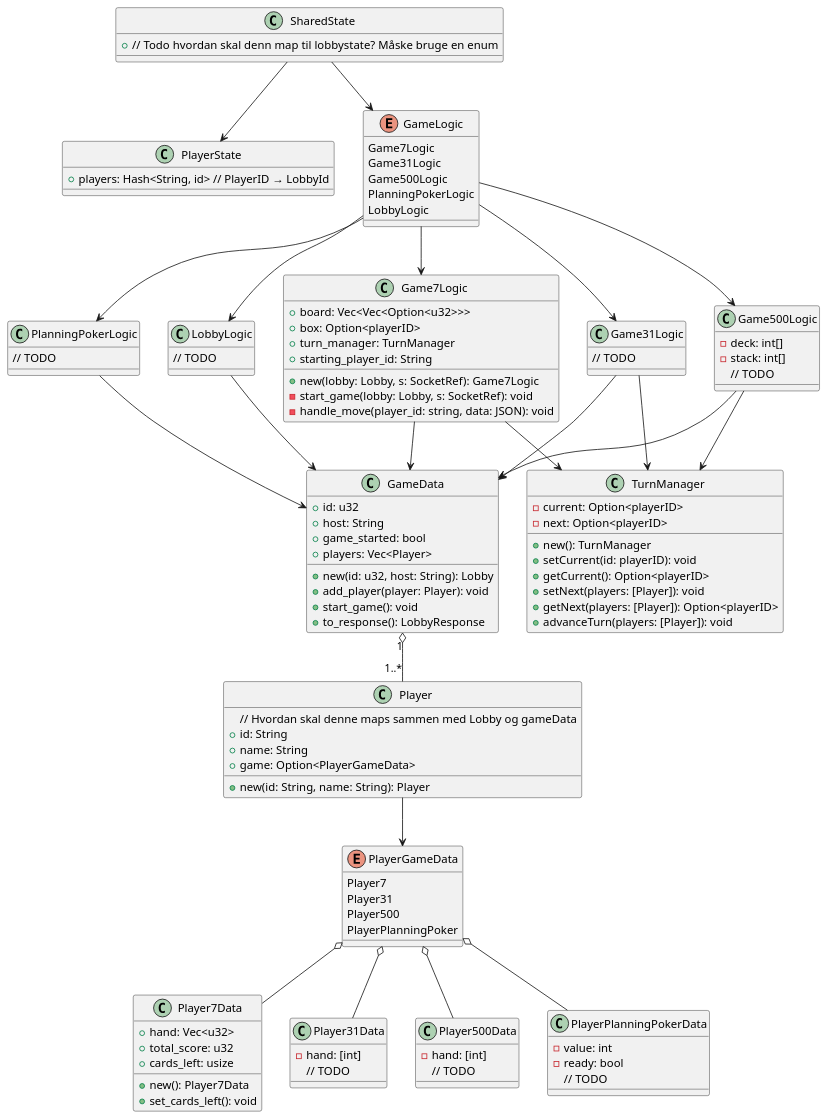
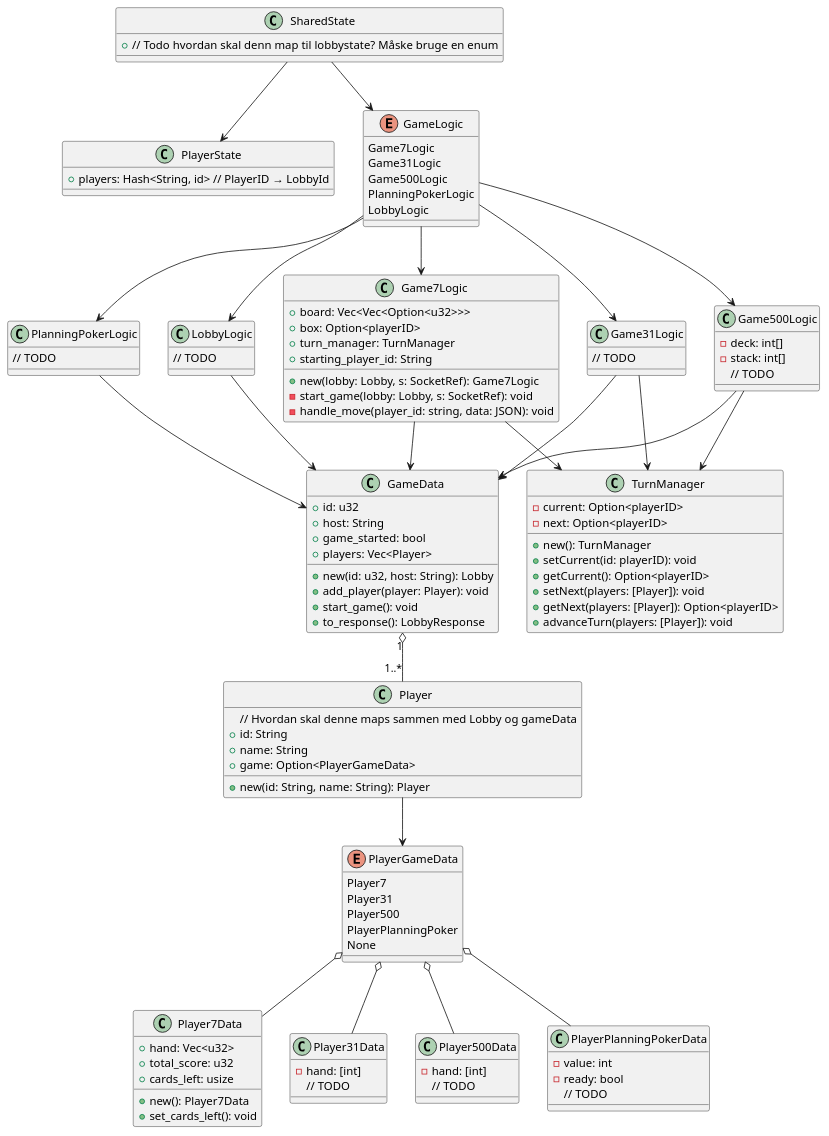
Before and after one commit to ChristianSteen-SW23/Card-Games: the diagram in #Doc/uml/socketClassRust.puml, drawn with PlantUML. The commit also changed 16 other files, not shown here.

```diff
--- a/#Doc/uml/socketClassRust.puml
+++ b/#Doc/uml/socketClassRust.puml
@@ -1,141 +1,142 @@
 @startuml socketClassRust
 
 
 class SharedState{
     + // Todo hvordan skal denn map til lobbystate? Måske bruge en enum
 }
 
 class PlayerState{
     + players: Hash<String, id> // PlayerID → LobbyId
 }
 
 class GameData {
     + id: u32
     + host: String
     + game_started: bool
     + players: Vec<Player>
     + new(id: u32, host: String): Lobby
     + add_player(player: Player): void
     + start_game(): void
     + to_response(): LobbyResponse
 }
 
 class Player {
     // Hvordan skal denne maps sammen med Lobby og gameData
     + id: String
     + name: String
     + game: Option<PlayerGameData>
     + new(id: String, name: String): Player
 }
 
 
 enum GameLogic {
     Game7Logic
     Game31Logic
     Game500Logic
     PlanningPokerLogic
     LobbyLogic
 }
 
 class Game7Logic {
     + board: Vec<Vec<Option<u32>>>
     + box: Option<playerID>
     + turn_manager: TurnManager
     + starting_player_id: String
     + new(lobby: Lobby, s: SocketRef): Game7Logic
     - start_game(lobby: Lobby, s: SocketRef): void
     - handle_move(player_id: string, data: JSON): void
 }
 
 class Game31Logic {
     // TODO
 }
 
 class LobbyLogic {
     // TODO
 }
 
 class Game500Logic {
     - deck: int[]
     - stack: int[]
     // TODO
 }
 
 class PlanningPokerLogic {
     // TODO
 }
 
 
 class TurnManager {
     - current: Option<playerID>
     - next: Option<playerID>
     + new(): TurnManager
     + setCurrent(id: playerID): void
     + getCurrent(): Option<playerID>
     + setNext(players: [Player]): void
     + getNext(players: [Player]): Option<playerID>
     + advanceTurn(players: [Player]): void
 }
 
 
 enum PlayerGameData {
     Player7
     Player31
     Player500
     PlayerPlanningPoker
+    None
 }
 
 class Player7Data {
     + hand: Vec<u32>
     + total_score: u32
     + cards_left: usize
     + new(): Player7Data
     + set_cards_left(): void
 }
 
 class Player31Data {
     - hand: [int]
     // TODO
 }
 
 class Player500Data {
     - hand: [int]
     // TODO
 }
 
 class PlayerPlanningPokerData {
     - value: int
     - ready: bool
     // TODO
 }
 
 
 SharedState --> PlayerState
 
 Game7Logic --> GameData
 Game500Logic --> GameData
 Game31Logic --> GameData
 PlanningPokerLogic --> GameData
 LobbyLogic --> GameData
 
 GameLogic --> Game7Logic
 GameLogic --> Game31Logic
 GameLogic --> Game500Logic
 GameLogic --> PlanningPokerLogic
 GameLogic --> LobbyLogic
 
 SharedState --> GameLogic
 
 Game7Logic --> TurnManager
 Game31Logic --> TurnManager
 Game500Logic --> TurnManager
 
 Player --> PlayerGameData
 PlayerGameData o-- Player7Data
 PlayerGameData o-- Player31Data
 PlayerGameData o-- Player500Data
 PlayerGameData o-- PlayerPlanningPokerData
 
 GameData "1" o-- "1..*" Player
 
 @enduml
```
